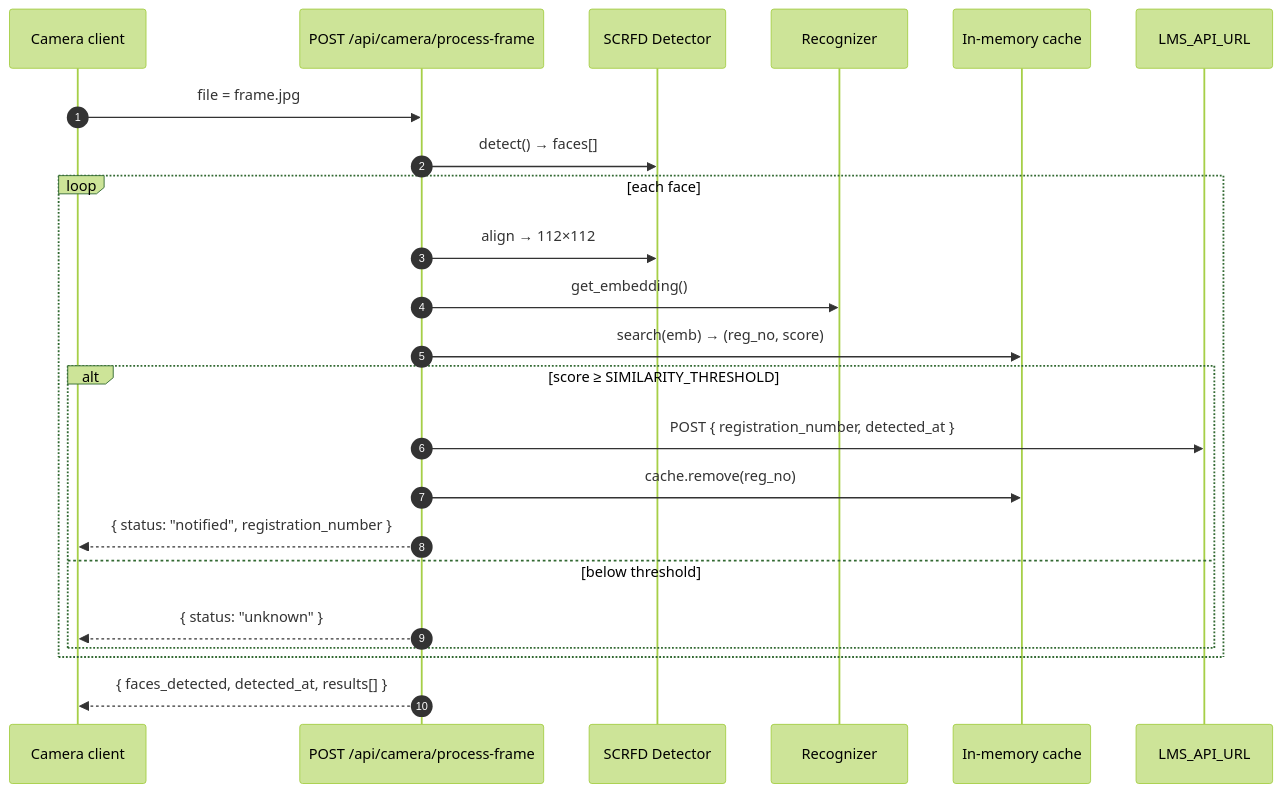
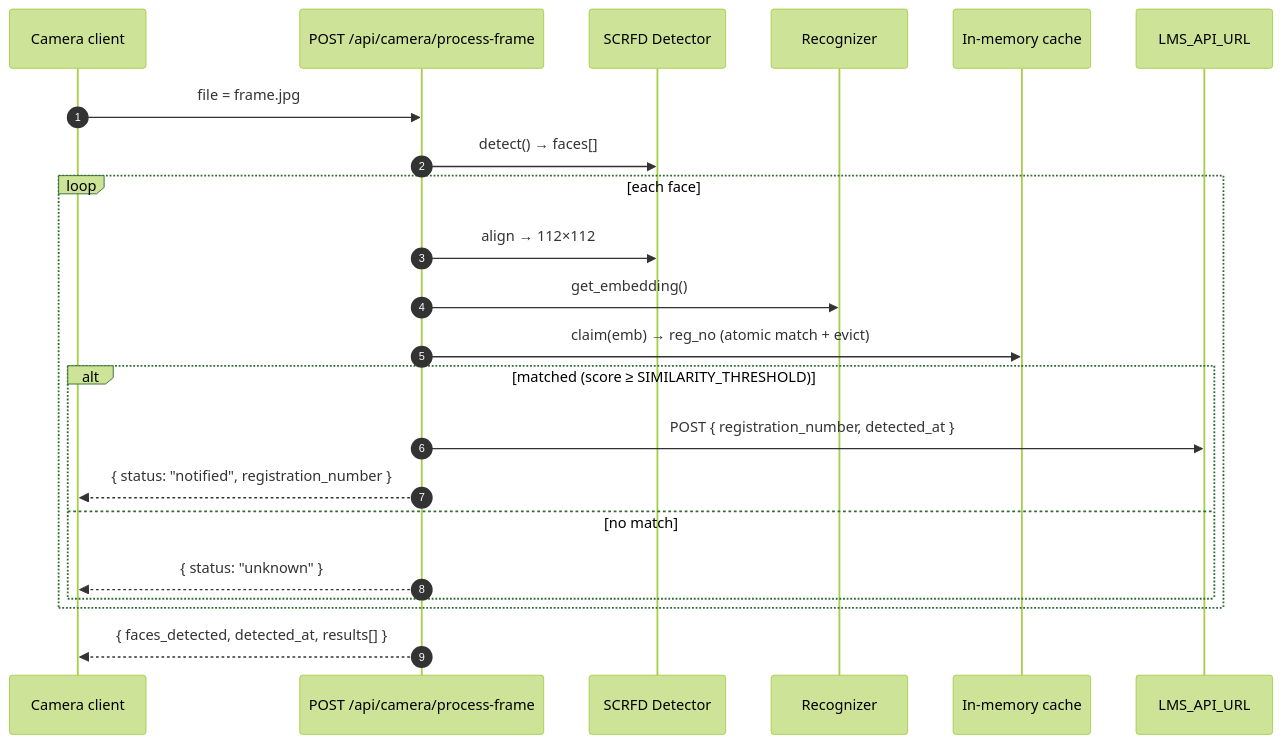
Before and after one commit to AI-SATA-Technologies/AI-Pipeline-Engineer: the third of 4 diagrams in README.md, drawn with Mermaid (forest theme). The commit also changed other lines of this file and 23 other files, not shown here.

````diff
--- a/README.md
+++ b/README.md
@@ -185,26 +190,25 @@
 ```mermaid
 sequenceDiagram
     autonumber
     participant CAM as Camera client
     participant API as POST /api/camera/process-frame
     participant DET as SCRFD Detector
     participant REC as Recognizer
     participant C as In-memory cache
     participant LMS as LMS_API_URL
 
     CAM->>API: file = frame.jpg
     API->>DET: detect() → faces[]
     loop each face
         API->>DET: align → 112×112
         API->>REC: get_embedding()
-        API->>C: search(emb) → (reg_no, score)
-        alt score ≥ SIMILARITY_THRESHOLD
+        API->>C: claim(emb) → reg_no  (atomic match + evict)
+        alt matched (score ≥ SIMILARITY_THRESHOLD)
             API->>LMS: POST { registration_number, detected_at }
-            API->>C: cache.remove(reg_no)
             API-->>CAM: { status: "notified", registration_number }
-        else below threshold
+        else no match
             API-->>CAM: { status: "unknown" }
         end
     end
     API-->>CAM: { faces_detected, detected_at, results[] }
 ```
````
